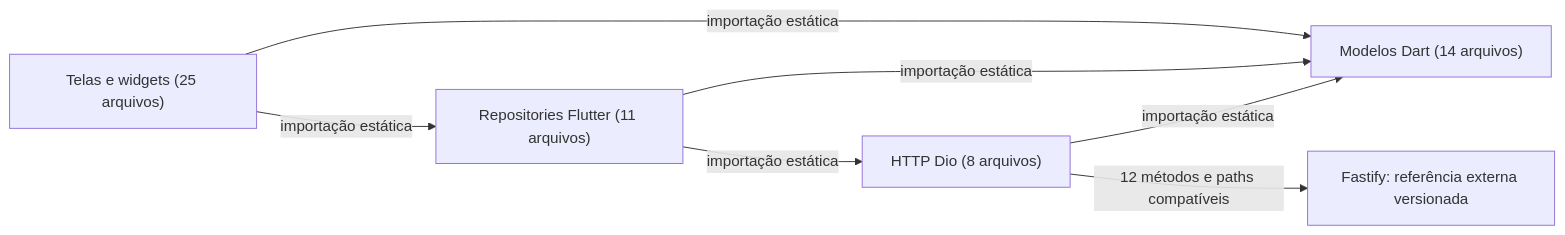
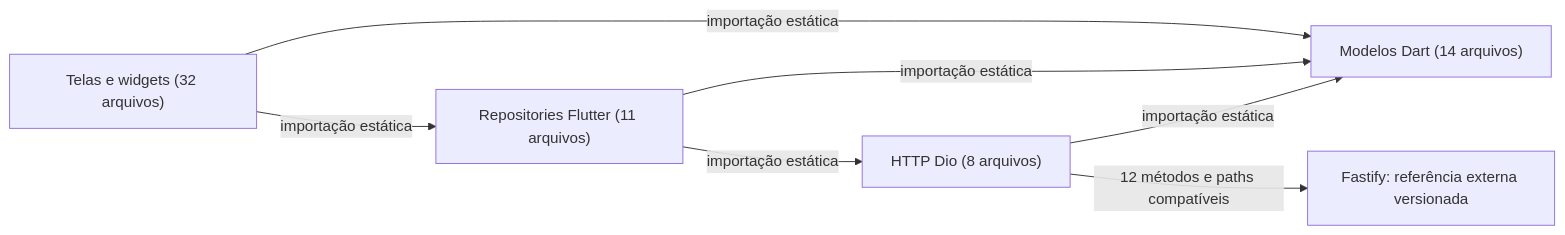
Before and after one commit to richardcastrogois/TrainForge: the first of 2 diagrams in docs/arquitetura/README.md, drawn with Mermaid. The commit also changed other lines of this file and 65 other files, not shown here.

````diff
--- a/docs/arquitetura/README.md
+++ b/docs/arquitetura/README.md
@@ -19,14 +19,14 @@
 ```mermaid
 flowchart LR
-    node0["Telas e widgets (25 arquivos)"]
+    node0["Telas e widgets (32 arquivos)"]
     node1["Repositories Flutter (11 arquivos)"]
     node2["HTTP Dio (8 arquivos)"]
     node3["Modelos Dart (14 arquivos)"]
     node4["Fastify: referência externa versionada"]
     node2 -->|"importação estática"| node3
     node1 -->|"importação estática"| node2
     node1 -->|"importação estática"| node3
     node0 -->|"importação estática"| node3
     node0 -->|"importação estática"| node1
     node2 -->|"12 métodos e paths compatíveis"| node4
 ```
````
